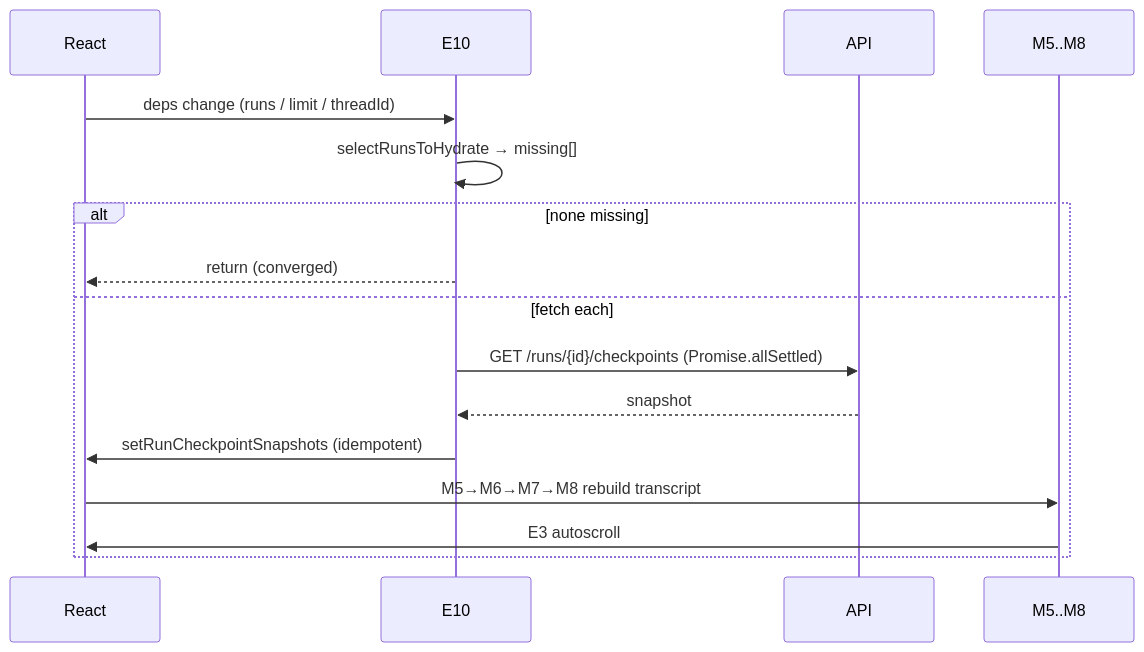
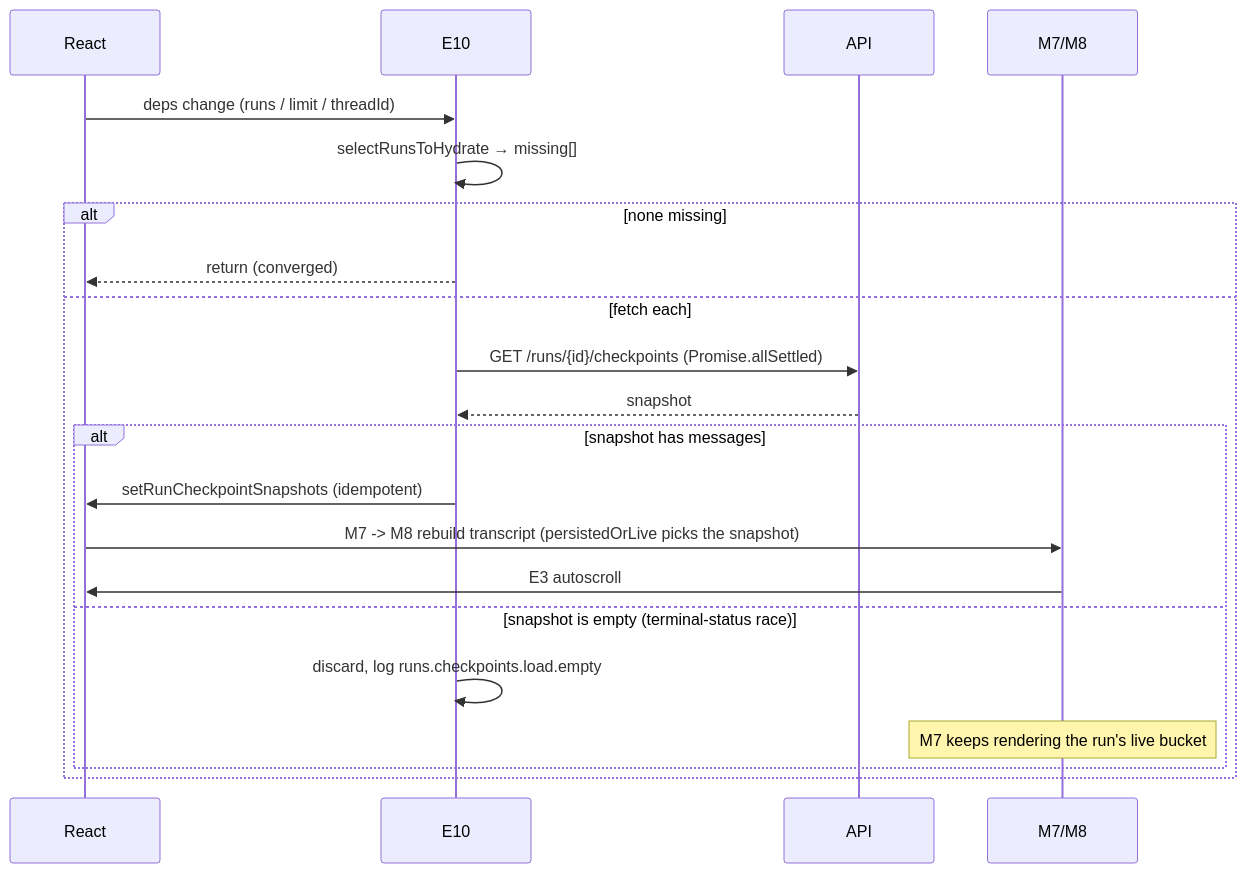
Before and after one commit to aa2051995/deep-agent-ga: the diagram in docs/use-cases/ui/06-browse-history.md, drawn with Mermaid. The commit also changed other lines of this file and 8 other files, not shown here.

First line of the commit message:
fix(ui): retain a run's subagent cards through the snapshot refetch window

````diff
--- a/docs/use-cases/ui/06-browse-history.md
+++ b/docs/use-cases/ui/06-browse-history.md
@@ -58,19 +69,24 @@
 ```mermaid
 sequenceDiagram
     participant R as React
     participant E10
     participant API
-    participant M as M5..M8
+    participant M as M7/M8
 
     R->>E10: deps change (runs / limit / threadId)
     E10->>E10: selectRunsToHydrate → missing[]
     alt none missing
         E10-->>R: return (converged)
     else fetch each
         E10->>API: GET /runs/{id}/checkpoints (Promise.allSettled)
         API-->>E10: snapshot
-        E10->>R: setRunCheckpointSnapshots (idempotent)
-        R->>M: M5→M6→M7→M8 rebuild transcript
-        M->>R: E3 autoscroll
+        alt snapshot has messages
+            E10->>R: setRunCheckpointSnapshots (idempotent)
+            R->>M: M7 -> M8 rebuild transcript (persistedOrLive picks the snapshot)
+            M->>R: E3 autoscroll
+        else snapshot is empty (terminal-status race)
+            E10->>E10: discard, log runs.checkpoints.load.empty
+            Note over M: M7 keeps rendering the run's live bucket
+        end
     end
 ```
````
